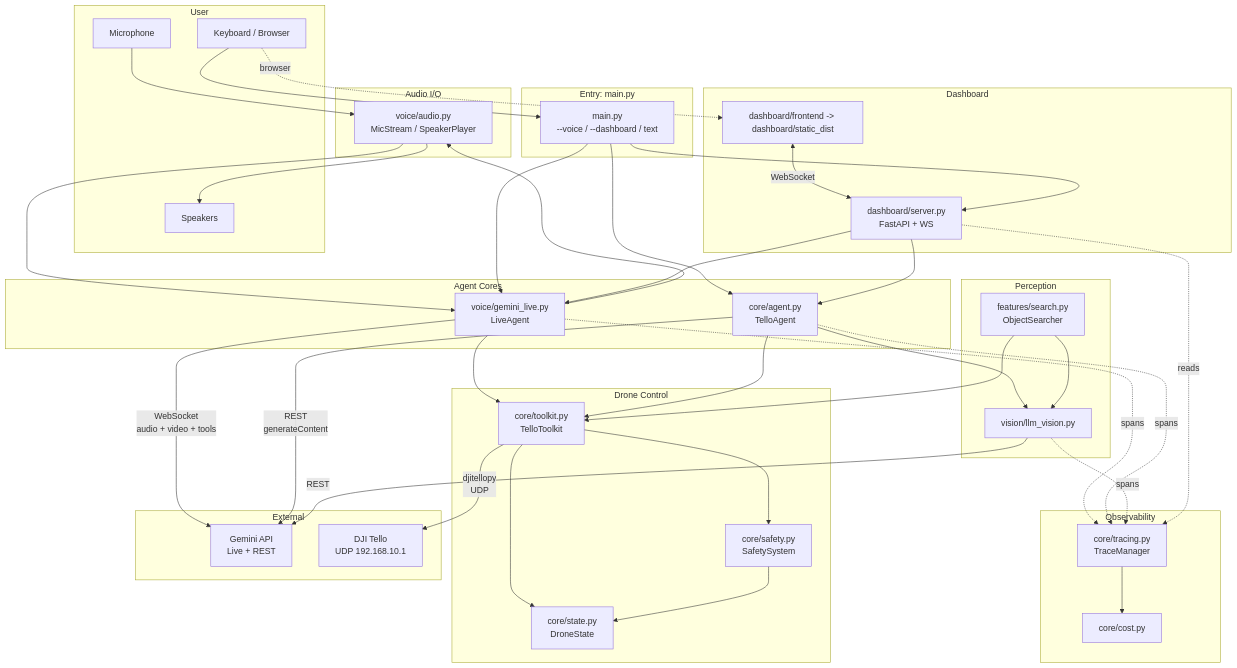
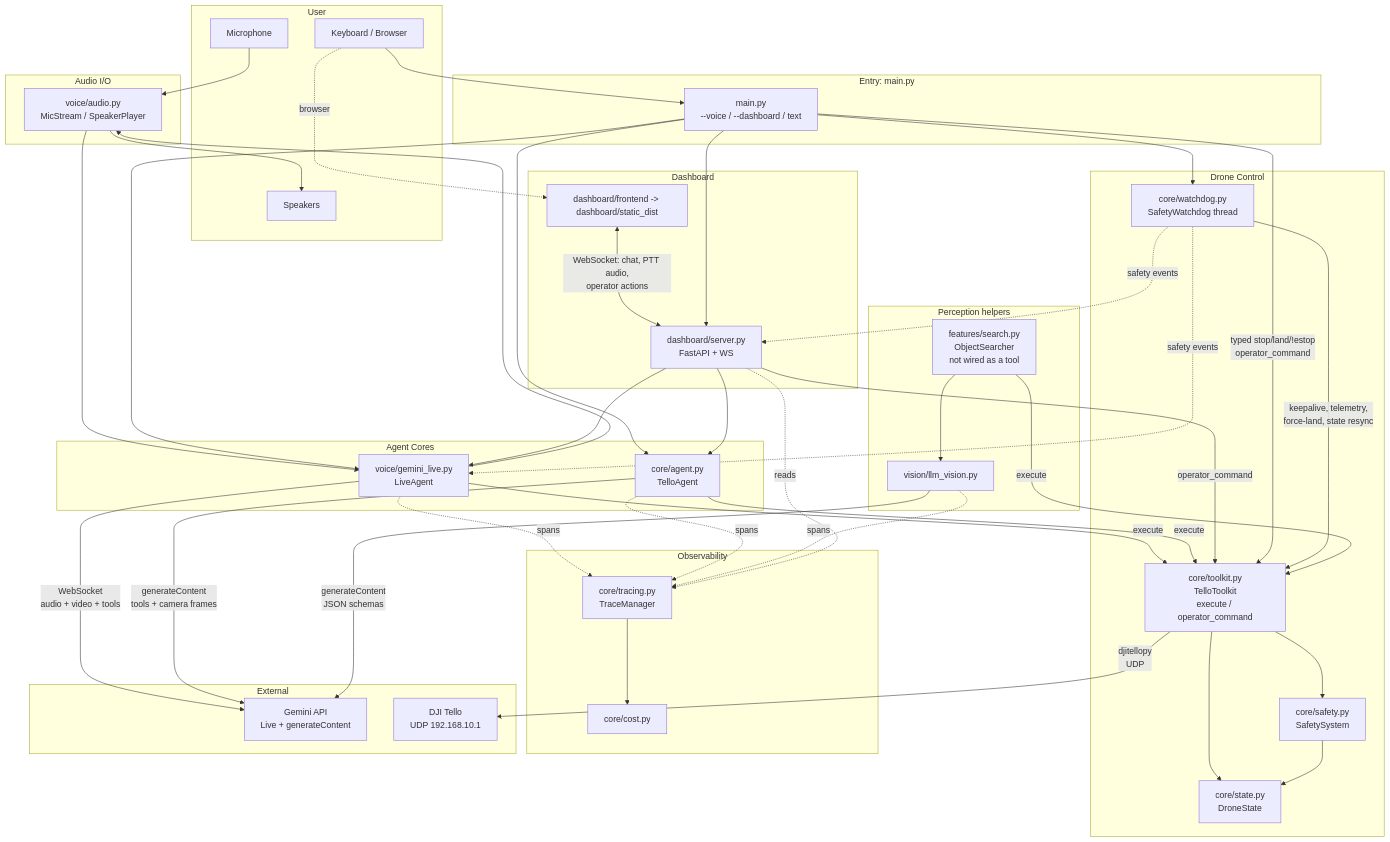
One commit to AyushRajgor/Tello-autonomous changed the first of 2 diagrams in docs/architecture.md. Above: the diagram before and after it, drawn with Mermaid. The commit also changed other lines of this file and 50 other files, not shown here.

```diff
--- a/docs/architecture.md
+++ b/docs/architecture.md
@@ -22,14 +22,15 @@
     end
 
     subgraph "Drone Control"
-        TK[core/toolkit.py<br/>TelloToolkit]
+        TK[core/toolkit.py<br/>TelloToolkit<br/>execute / operator_command]
         SAFE[core/safety.py<br/>SafetySystem]
         STATE[core/state.py<br/>DroneState]
+        WD[core/watchdog.py<br/>SafetyWatchdog thread]
     end
 
-    subgraph "Perception"
+    subgraph "Perception helpers"
         VIS[vision/llm_vision.py]
-        FEAT[features/search.py<br/>ObjectSearcher]
+        FEAT[features/search.py<br/>ObjectSearcher<br/>not wired as a tool]
     end
 
     subgraph "Observability"
@@ -47,14 +48,14 @@
     end
 
     subgraph "External"
-        GEM[Gemini API<br/>Live + REST]
+        GEM[Gemini API<br/>Live + generateContent]
         TELLO[DJI Tello<br/>UDP 192.168.10.1]
     end
 
     U_mic --> AUD
     U_kb --> ENTRY
     U_kb -.browser.-> UI
-    UI <-->|WebSocket| SRV
+    UI <-->|WebSocket: chat, PTT audio,<br/>operator actions| SRV
     AUD --> LIVE
     LIVE --> AUD
     AUD --> U_spk
@@ -62,13 +63,18 @@
     ENTRY --> LIVE
     ENTRY --> LEGACY
     ENTRY --> SRV
+    ENTRY --> WD
     SRV --> LIVE
     SRV --> LEGACY
 
-    LIVE --> TK
-    LEGACY --> TK
-    LEGACY --> VIS
-    FEAT --> TK
+    LIVE -->|execute| TK
+    LEGACY -->|execute| TK
+    SRV -->|operator_command| TK
+    ENTRY -->|typed stop/land/!estop<br/>operator_command| TK
+    WD -->|keepalive, telemetry,<br/>force-land, state resync| TK
+    WD -.safety events.-> SRV
+    WD -.safety events.-> LIVE
+    FEAT -->|execute| TK
     FEAT --> VIS
 
     TK --> SAFE
@@ -76,8 +82,8 @@
     SAFE --> STATE
 
     LIVE -->|WebSocket<br/>audio + video + tools| GEM
-    LEGACY -->|REST<br/>generateContent| GEM
-    VIS -->|REST| GEM
+    LEGACY -->|generateContent<br/>tools + camera frames| GEM
+    VIS -->|generateContent<br/>JSON schemas| GEM
     TK -->|djitellopy<br/>UDP| TELLO
 
     LIVE -.spans.-> TRC
```
